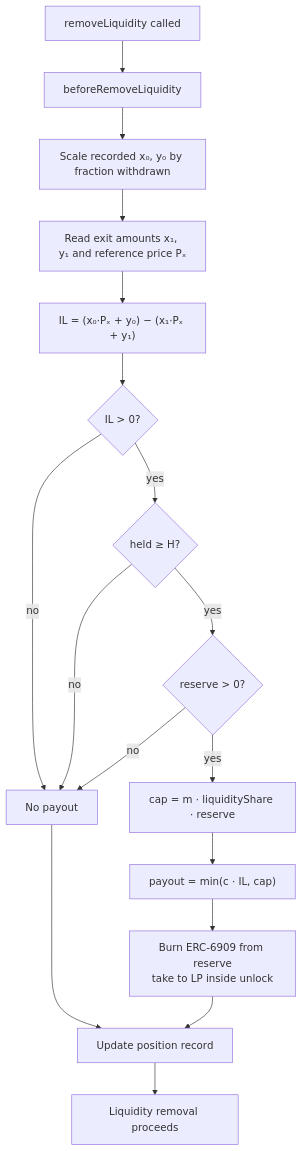
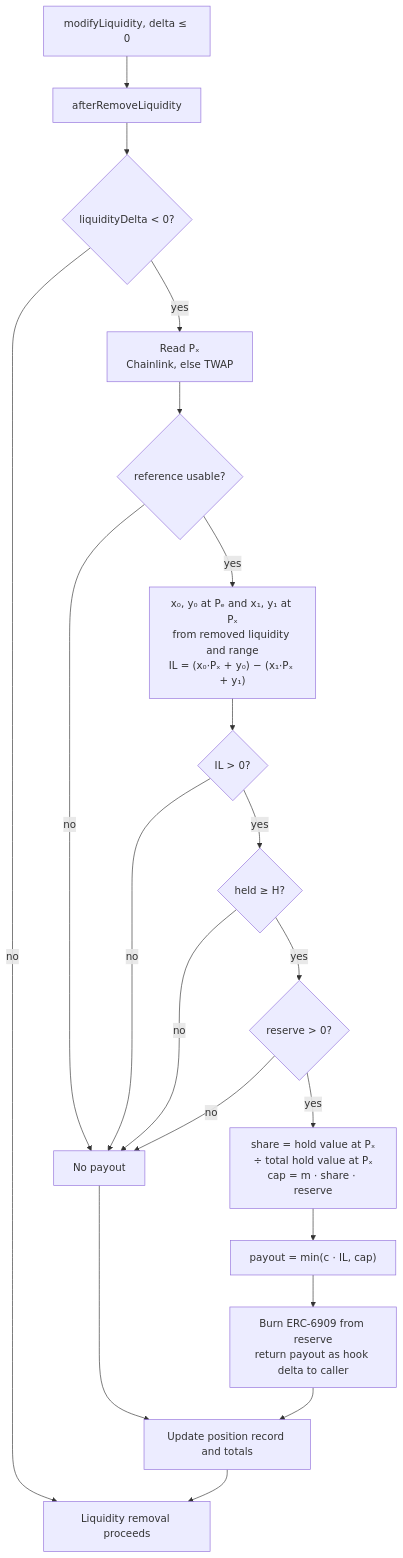
One commit to eabz/ballast changed the second of 3 diagrams in docs/03-hook-lifecycle.md. Above: the diagram before and after it, drawn with Mermaid. The commit also changed other lines of this file and 87 other files, not shown here.

````diff
--- a/docs/03-hook-lifecycle.md
+++ b/docs/03-hook-lifecycle.md
@@ -42,19 +44,22 @@
 ```mermaid
 flowchart TD
-    A[removeLiquidity called] --> B["beforeRemoveLiquidity"]
-    B --> C["Scale recorded x₀, y₀ by fraction withdrawn"]
-    C --> D["Read exit amounts x₁, y₁ and reference price Pₓ"]
-    D --> E["IL = (x₀·Pₓ + y₀) − (x₁·Pₓ + y₁)"]
+    A["modifyLiquidity, delta ≤ 0"] --> B["afterRemoveLiquidity"]
+    B --> Q{"liquidityDelta < 0?"}
+    Q -- no --> M
+    Q -- yes --> D["Read Pₓ<br/>Chainlink, else TWAP"]
+    D --> D2{reference usable?}
+    D2 -- no --> Z[No payout]
+    D2 -- yes --> E["x₀, y₀ at Pₑ and x₁, y₁ at Pₓ<br/>from removed liquidity and range<br/>IL = (x₀·Pₓ + y₀) − (x₁·Pₓ + y₁)"]
     E --> F{IL > 0?}
-    F -- no --> Z[No payout]
+    F -- no --> Z
     F -- yes --> G{"held ≥ H?"}
     G -- no --> Z
     G -- yes --> H{reserve > 0?}
     H -- no --> Z
-    H -- yes --> I["cap = m · liquidityShare · reserve"]
+    H -- yes --> I["share = hold value at Pₓ<br/>÷ total hold value at Pₓ<br/>cap = m · share · reserve"]
     I --> J["payout = min(c · IL, cap)"]
-    J --> K["Burn ERC-6909 from reserve<br/>take to LP inside unlock"]
-    K --> L[Update position record]
+    J --> K["Burn ERC-6909 from reserve<br/>return payout as hook delta to caller"]
+    K --> L[Update position record and totals]
     Z --> L
     L --> M[Liquidity removal proceeds]
 ```
````
